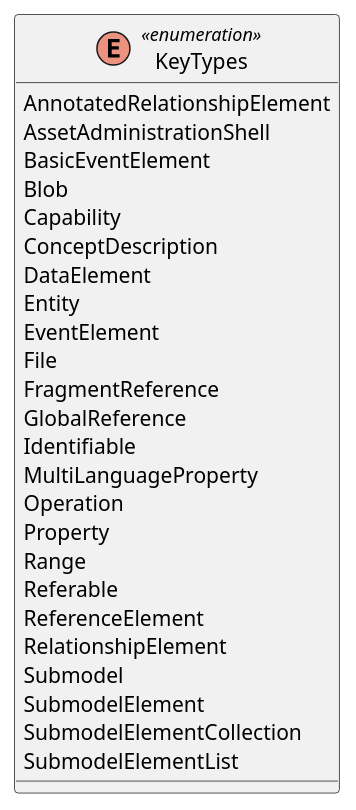
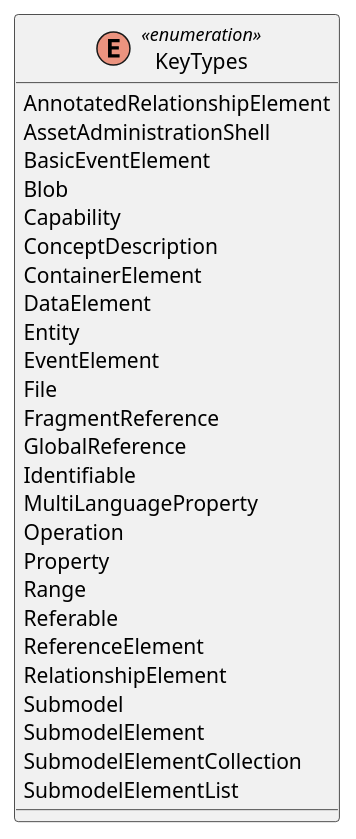
Before and after one commit to admin-shell-io/aas-specs-iec61360: the diagram in documentation/IDTA-01003-a/modules/ROOT/partials/diagrams/classes/enum-key-types.puml, drawn with PlantUML. The commit also changed 1 other file, not shown here.

```diff
--- a/documentation/IDTA-01003-a/modules/ROOT/partials/diagrams/classes/enum-key-types.puml
+++ b/documentation/IDTA-01003-a/modules/ROOT/partials/diagrams/classes/enum-key-types.puml
@@ -1,28 +1,29 @@
 @startuml
 enum KeyTypes <<enumeration>> {
   AnnotatedRelationshipElement
   AssetAdministrationShell
   BasicEventElement
   Blob
   Capability
   ConceptDescription
+  ContainerElement
   DataElement
   Entity
   EventElement
   File
   FragmentReference
   GlobalReference
   Identifiable
   MultiLanguageProperty
   Operation
   Property
   Range
   Referable
   ReferenceElement
   RelationshipElement
   Submodel
   SubmodelElement
   SubmodelElementCollection
   SubmodelElementList
 }
 @enduml
```
